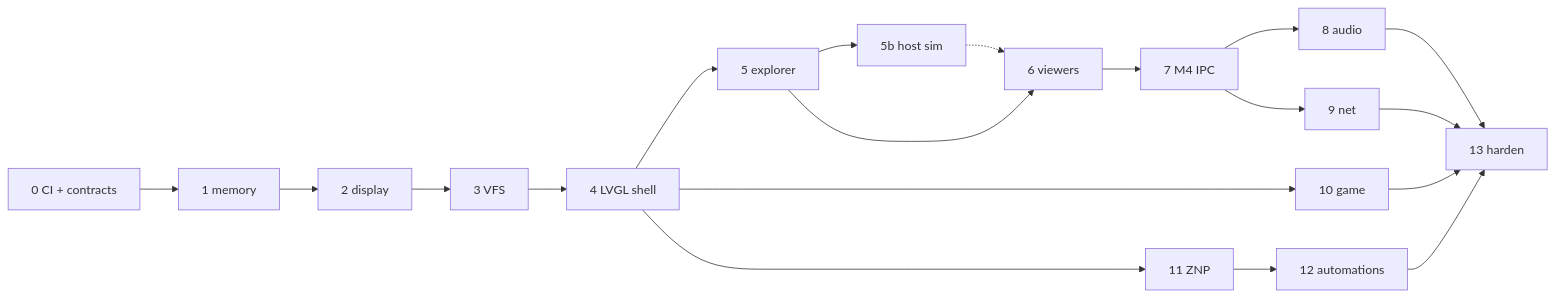
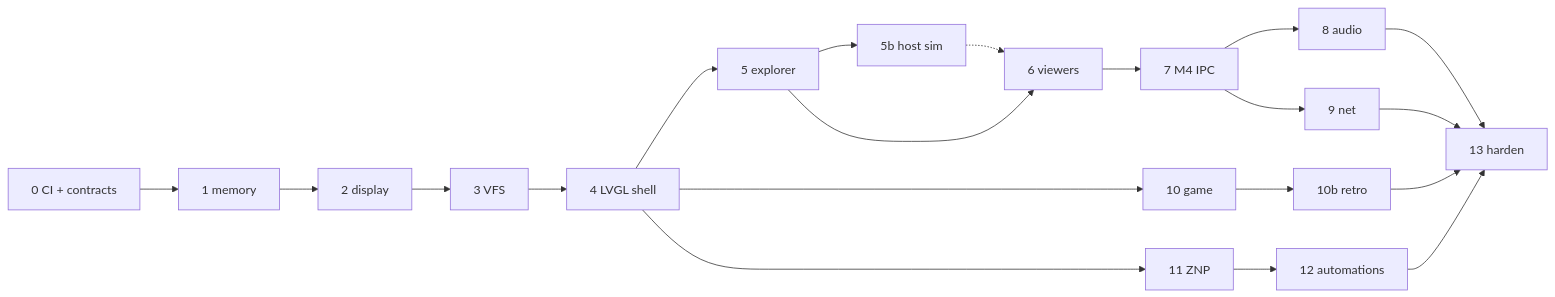
Before and after one commit to vanbuong/stm32h745-disco: the first of 2 diagrams in doc/Plan.md, drawn with Mermaid. The commit also changed other lines of this file and 22 other files, not shown here.

````diff
--- a/doc/Plan.md
+++ b/doc/Plan.md
@@ -56,21 +57,22 @@
 ```mermaid
 flowchart LR
   S0[0 CI + contracts] --> S1[1 memory]
   S1 --> S2[2 display]
   S2 --> S3[3 VFS]
   S3 --> S4[4 LVGL shell]
   S4 --> S5[5 explorer]
   S5 --> S5b[5b host sim]
   S5 --> S6[6 viewers]
   S5b -.-> S6
   S4 --> S10[10 game]
   S6 --> S7[7 M4 IPC]
   S7 --> S8[8 audio]
   S7 --> S9[9 net]
   S4 --> S11[11 ZNP]
   S11 --> S12[12 automations]
   S8 --> S13[13 harden]
-  S10 --> S13
+  S10 --> S10b[10b retro]
+  S10b --> S13
   S12 --> S13
   S9 --> S13
 ```
````
